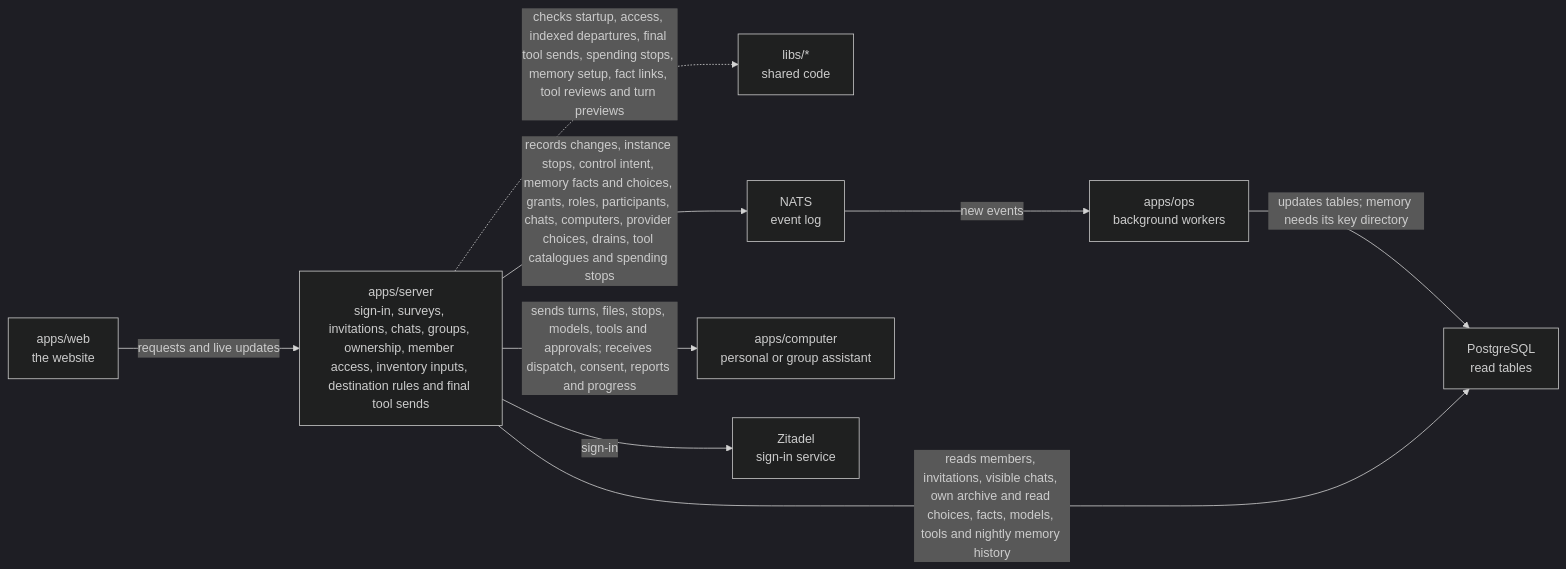
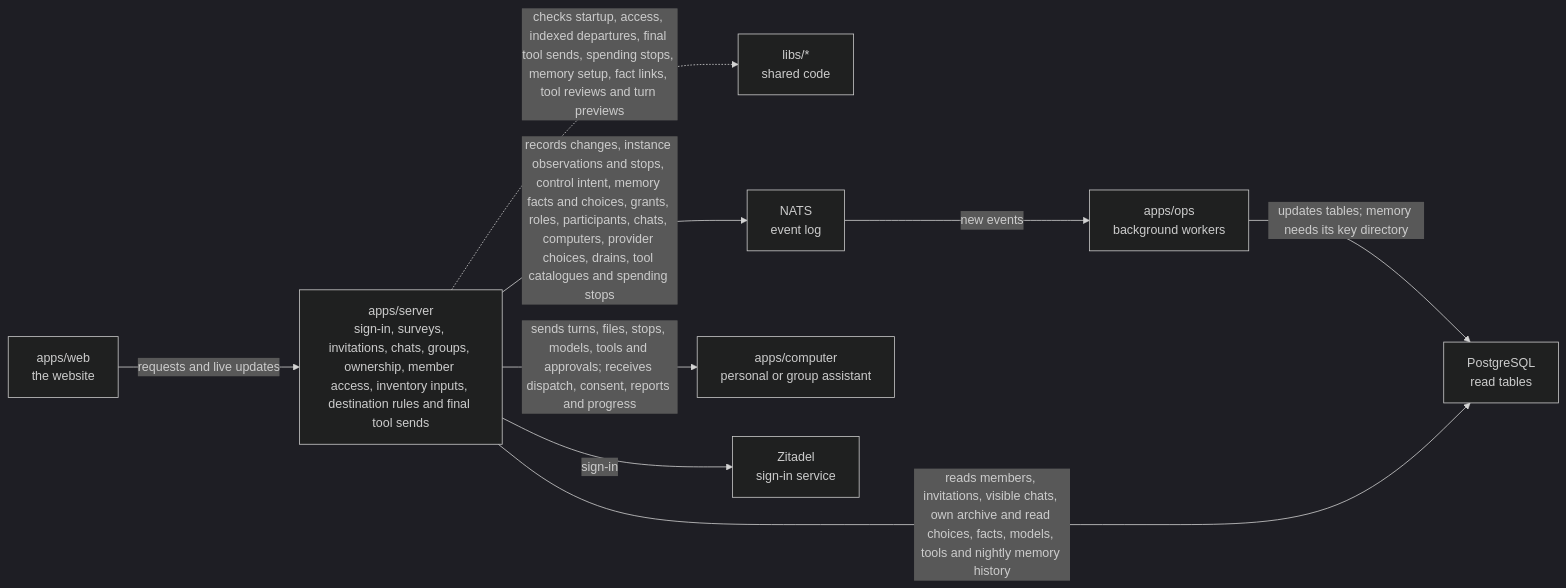
The diagram in apps/server/README.md (elewa-git/opencrane-new), drawn with Mermaid (dark theme) before and after one commit. The commit also changed other lines of this file and 20 other files, not shown here.

Commit message:
🔒 Accept private tool observations from short-lived run-bound workers

````diff
--- a/apps/server/README.md
+++ b/apps/server/README.md
@@ -11,11 +11,11 @@
 ```mermaid
 flowchart LR
   web["apps/web<br/>the website"] -->|requests and live updates| server["apps/server<br/>sign-in, surveys, invitations, chats, groups, ownership, member access, inventory inputs, destination rules and final tool sends"]
   server -.->|checks startup, access, indexed departures, final tool sends, spending stops, memory setup, fact links, tool reviews and turn previews| libs["libs/*<br/>shared code"]
-  server -->|records changes, instance stops, control intent, memory facts and choices, grants, roles, participants, chats, computers, provider choices, drains, tool catalogues and spending stops| nats["NATS<br/>event log"]
+  server -->|records changes, instance observations and stops, control intent, memory facts and choices, grants, roles, participants, chats, computers, provider choices, drains, tool catalogues and spending stops| nats["NATS<br/>event log"]
   nats -->|new events| ops["apps/ops<br/>background workers"]
   ops -->|updates tables; memory needs its key directory| postgres["PostgreSQL<br/>read tables"]
   server -->|reads members, invitations, visible chats, own archive and read choices, facts, models, tools and nightly memory history| postgres
   server -->|sends turns, files, stops, models, tools and approvals; receives dispatch, consent, reports and progress| computer["apps/computer<br/>personal or group assistant"]
   server -->|sign-in| zitadel["Zitadel<br/>sign-in service"]
 ```
````
